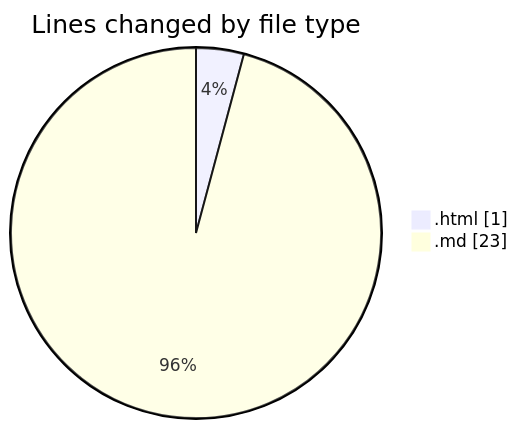
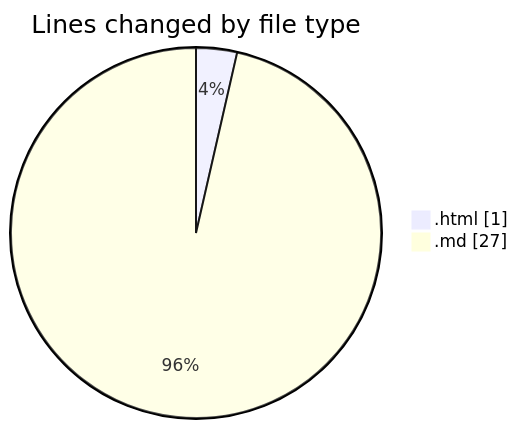
Before and after one commit to Ritupan-Deka/code-tracking: the first of 2 diagrams in 2025-07-08/urlwebwala_intership_work/README.md, drawn with Mermaid. The commit also changed other lines of this file and 1 other file, not shown here.

````diff
--- a/2025-07-08/urlwebwala_intership_work/README.md
+++ b/2025-07-08/urlwebwala_intership_work/README.md
@@ -21,6 +21,6 @@
 ```mermaid
 pie showData
 title Lines changed by file type
 ".html" : 1
-".md" : 23
+".md" : 27
 ```
````
